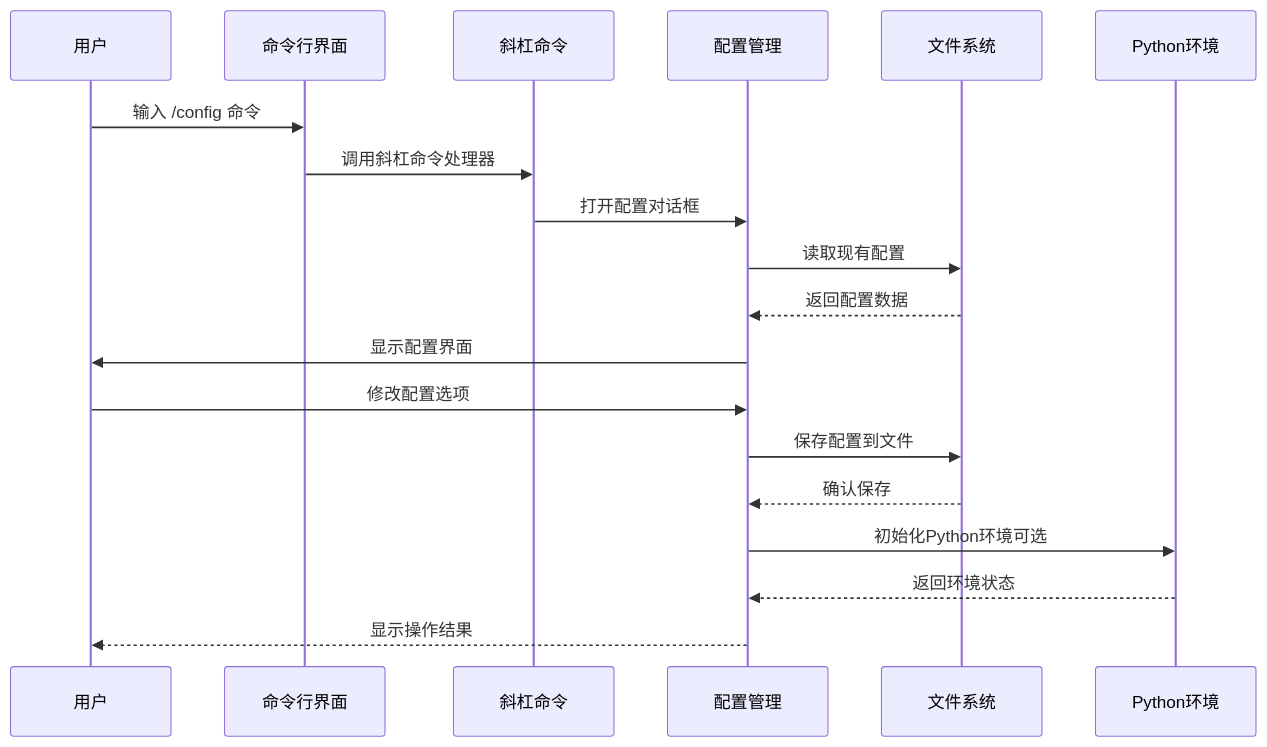
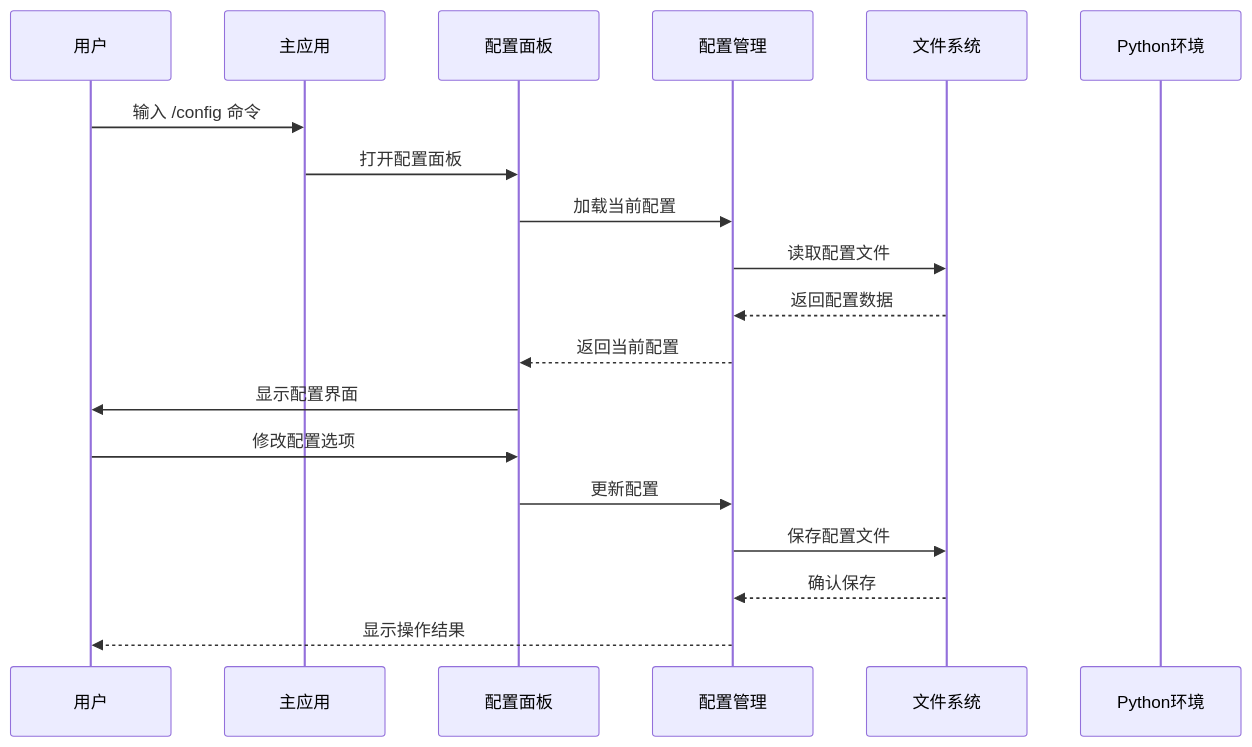
Before and after one commit to HAOFUYANG/onion-code: the third of 7 diagrams in .qoder/repowiki/zh/content/配置管理.md, drawn with Mermaid. The commit also changed other lines of this file and 80 other files, not shown here.

````diff
--- a/.qoder/repowiki/zh/content/配置管理.md
+++ b/.qoder/repowiki/zh/content/配置管理.md
@@ -114,21 +130,21 @@
 ```mermaid
 sequenceDiagram
 participant User as 用户
-participant CLI as 命令行界面
-participant Slash as 斜杠命令
+participant App as 主应用
+participant ConfigPanel as 配置面板
 participant Config as 配置管理
 participant FS as 文件系统
 participant Python as Python环境
-User->>CLI : 输入 /config 命令
-CLI->>Slash : 调用斜杠命令处理器
-Slash->>Config : 打开配置对话框
-Config->>FS : 读取现有配置
+User->>App : 输入 /config 命令
+App->>ConfigPanel : 打开配置面板
+ConfigPanel->>Config : 加载当前配置
+Config->>FS : 读取配置文件
 FS-->>Config : 返回配置数据
-Config->>User : 显示配置界面
-User->>Config : 修改配置选项
-Config->>FS : 保存配置到文件
+Config-->>ConfigPanel : 返回当前配置
+ConfigPanel->>User : 显示配置界面
+User->>ConfigPanel : 修改配置选项
+ConfigPanel->>Config : 更新配置
+Config->>FS : 保存配置文件
 FS-->>Config : 确认保存
-Config->>Python : 初始化Python环境可选
-Python-->>Config : 返回环境状态
 Config-->>User : 显示操作结果
 ```
````
